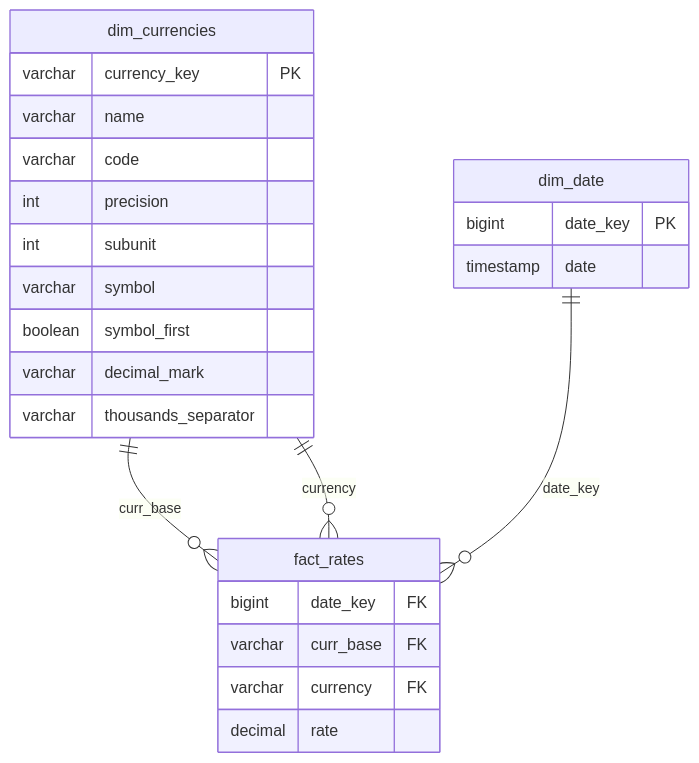
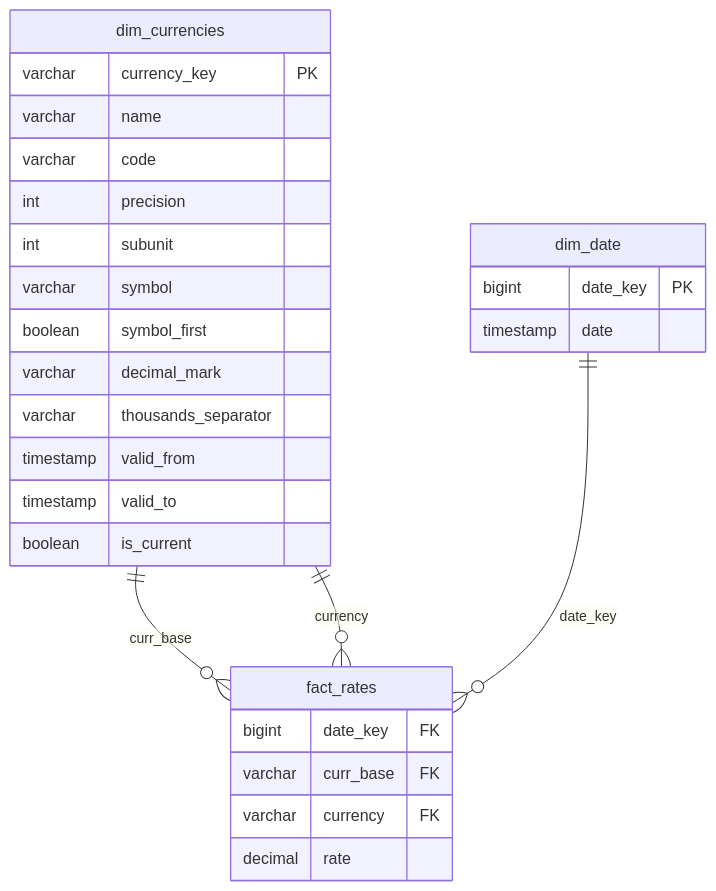
The diagram in diagrams/data_model.md (TanelS/currency-pipeline), drawn with Mermaid before and after one commit. The commit also changed 2 other files, not shown here.

Commit message:
Add SCD Type 2 support to pipeline diagrams: update `dim_currencies` flow, add `currencies_snapshot`, and include API sensor check

````diff
--- a/diagrams/data_model.md
+++ b/diagrams/data_model.md
@@ -3,27 +3,30 @@
 ```mermaid
 erDiagram
     dim_currencies {
         varchar currency_key PK
         varchar name
         varchar code
         int precision
         int subunit
         varchar symbol
         boolean symbol_first
         varchar decimal_mark
         varchar thousands_separator
+        timestamp valid_from
+        timestamp valid_to
+        boolean is_current
     }
     dim_date {
         bigint date_key PK
         timestamp date
     }
     fact_rates {
         bigint date_key FK
         varchar curr_base FK
         varchar currency FK
         decimal rate
     }
     dim_currencies ||--o{ fact_rates : "curr_base"
     dim_currencies ||--o{ fact_rates : "currency"
     dim_date ||--o{ fact_rates : "date_key"
 ```
````
